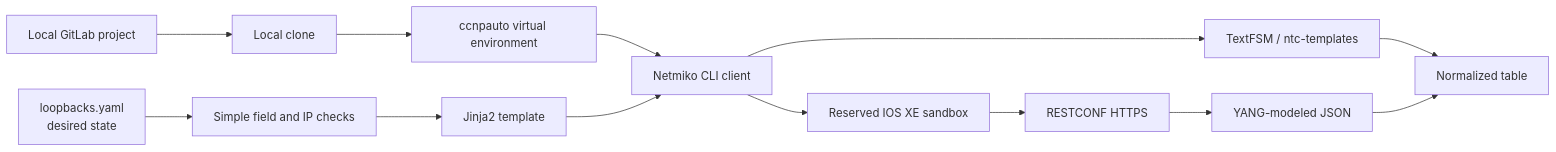
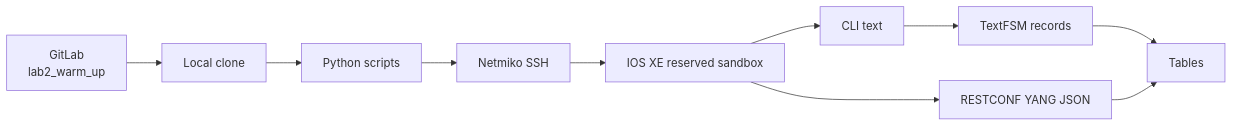
One commit to tanthanh85/CCNPAUTO changed the diagram in LAB/Lab2/Lab2.md. Above: the diagram before and after it, drawn with Mermaid. The commit also changed other lines of this file and 34 other files, not shown here.

````diff
--- a/LAB/Lab2/Lab2.md
+++ b/LAB/Lab2/Lab2.md
@@ -52,17 +34,12 @@
 ```mermaid
 flowchart LR
-    GitLab["Local GitLab project"] --> Clone["Local clone"]
-    Clone --> Venv["ccnpauto virtual environment"]
-    Venv --> CLI["Netmiko CLI client"]
-    CLI --> TextFSM["TextFSM / ntc-templates"]
-    TextFSM --> Table["Normalized table"]
-
-    YAML["loopbacks.yaml<br/>desired state"] --> Validate["Simple field and IP checks"]
-    Validate --> Jinja["Jinja2 template"]
-    Jinja --> CLI
-    CLI --> Router["Reserved IOS XE sandbox"]
-
-    Router --> RESTCONF["RESTCONF HTTPS"]
-    RESTCONF --> JSON["YANG-modeled JSON"]
-    JSON --> Table
+    G["GitLab<br/>lab2_warm_up"] --> C["Local clone"]
+    C --> P["Python scripts"]
+    P --> N["Netmiko SSH"]
+    N --> I["IOS XE reserved sandbox"]
+    I --> T["CLI text"]
+    T --> F["TextFSM records"]
+    I --> R["RESTCONF YANG JSON"]
+    F --> O["Tables"]
+    R --> O
 ```
````
